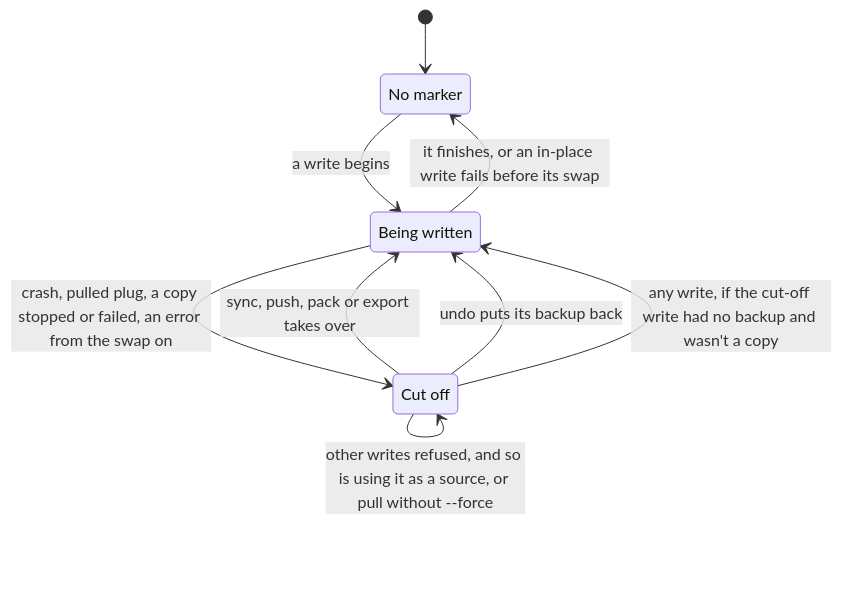
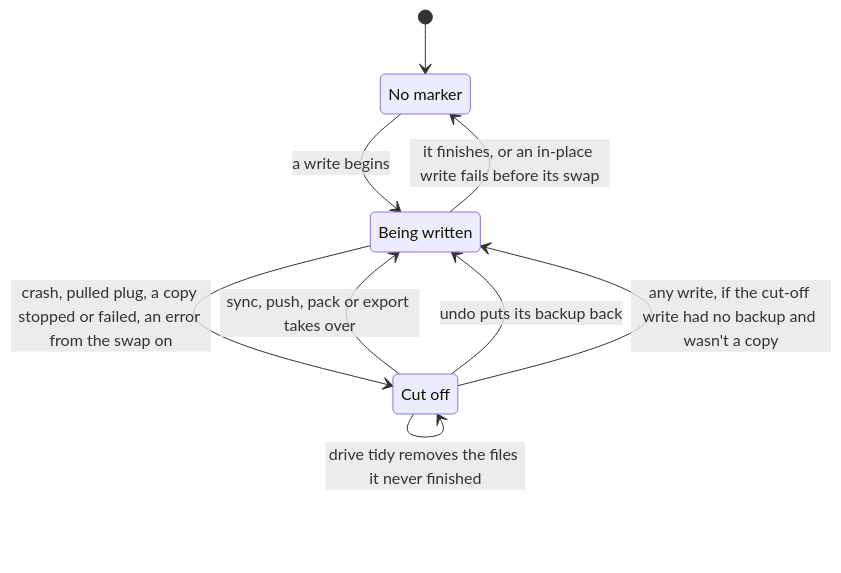
Before and after one commit to cutenode/localnetwork: the ninth of 19 diagrams in apps/locallibrary/docs/diagrams/changing-drives.md, drawn with Mermaid. The commit also changed other lines of this file and 6 other files, not shown here.

First line of the commit message:
docs(locallibrary): bring the diagrams up to date with the code

````diff
--- a/apps/locallibrary/docs/diagrams/changing-drives.md
+++ b/apps/locallibrary/docs/diagrams/changing-drives.md
@@ -212,14 +221,15 @@
 ```mermaid
 stateDiagram-v2
     state "No marker" as Clean
     state "Being written" as Writing
     state "Cut off" as CutOff
     [*] --> Clean
     Clean --> Writing: a write begins
     Writing --> Clean: it finishes, or an in-place write fails before its swap
     Writing --> CutOff: crash, pulled plug, a copy stopped or failed, an error from the swap on
     CutOff --> Writing: sync, push, pack or export takes over
     CutOff --> Writing: undo puts its backup back
     CutOff --> Writing: any write, if the cut-off write had no backup and wasn't a copy
     CutOff --> CutOff: other writes refused, and so is using it as a source, or pull without --force
+    CutOff --> CutOff: drive tidy removes the files it never finished
 ```
````
